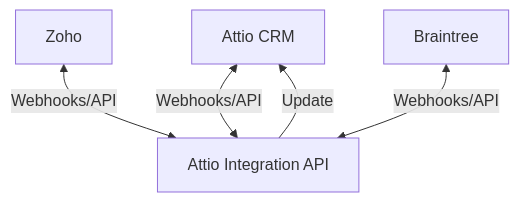
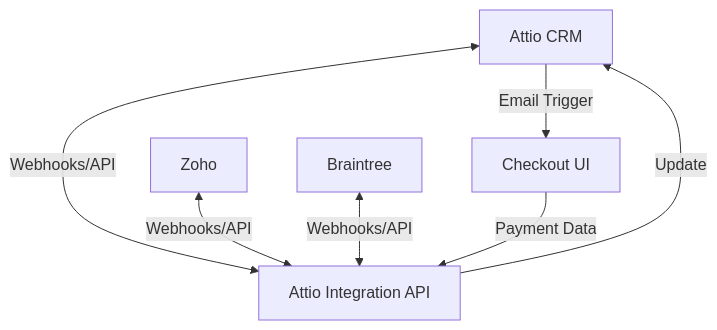
The first of 3 diagrams in memory-bank/systemPatterns.md (rodeloescueta/attio-api), drawn with Mermaid before and after one commit. The commit also changed other lines of this file and 3 other files, not shown here.

````diff
--- a/memory-bank/systemPatterns.md
+++ b/memory-bank/systemPatterns.md
@@ -7,7 +7,9 @@
 ```mermaid
 graph TD
     A[Attio CRM] <-->|Webhooks/API| B[Attio Integration API]
     C[Zoho] <-->|Webhooks/API| B
     D[Braintree] <-->|Webhooks/API| B
     B -->|Update| A
+    E[Checkout UI] -->|Payment Data| B
+    A -->|Email Trigger| E
 ```
````
